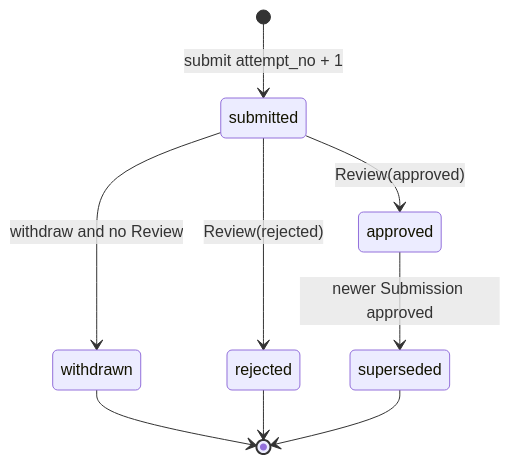
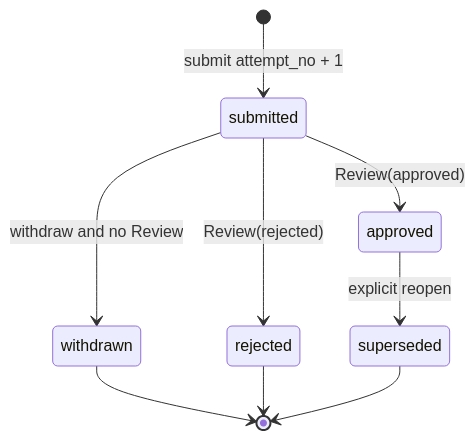
The second of 2 diagrams in docs/设计/检测状态、提交审核与独立行为视频片段导出设计.md (ChipmunkYu/mouse-behavior-annotation), drawn with Mermaid before and after one commit. The commit also changed other lines of this file and 44 other files, not shown here.

````diff
--- a/docs/设计/检测状态、提交审核与独立行为视频片段导出设计.md
+++ b/docs/设计/检测状态、提交审核与独立行为视频片段导出设计.md
@@ -335,11 +337,11 @@
 ```mermaid
 stateDiagram-v2
     [*] --> submitted: submit attempt_no + 1
     submitted --> withdrawn: withdraw and no Review
     submitted --> rejected: Review(rejected)
     submitted --> approved: Review(approved)
-    approved --> superseded: newer Submission approved
+    approved --> superseded: explicit reopen
     withdrawn --> [*]
     rejected --> [*]
     superseded --> [*]
 ```
````
